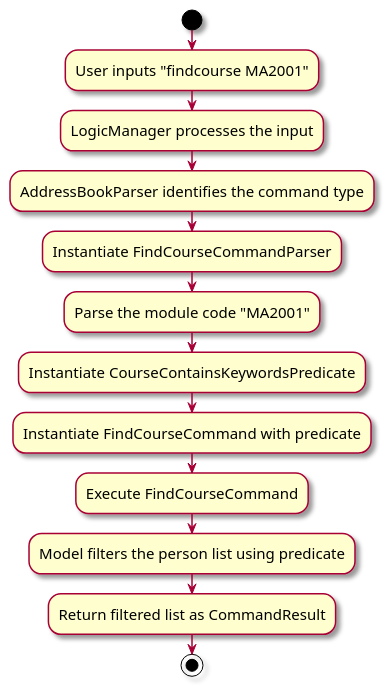
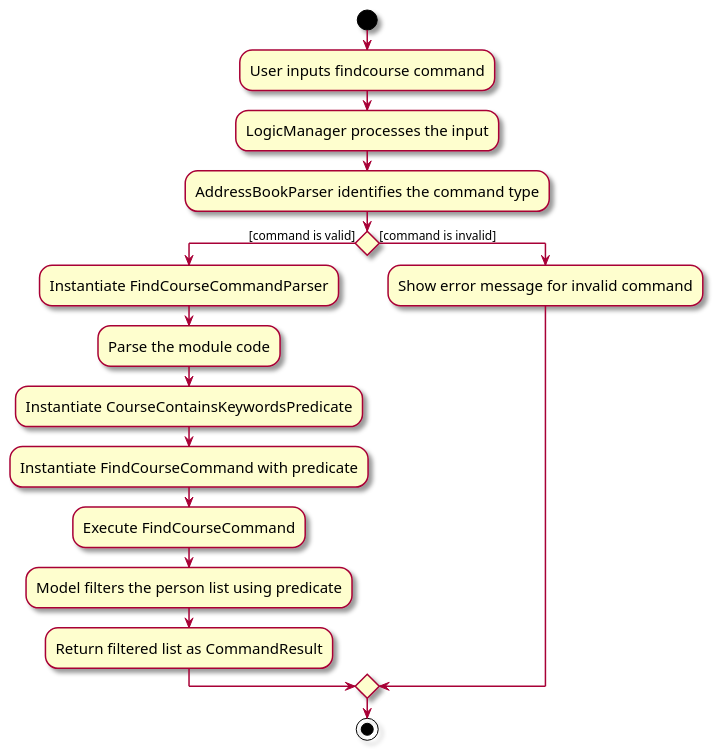
Before and after one commit to tanteckfang/tp: the diagram in docs/diagrams/FindcourseActivityDiagram.puml, drawn with PlantUML. The commit also changed 12 other files, not shown here.

```diff
--- a/docs/diagrams/FindcourseActivityDiagram.puml
+++ b/docs/diagrams/FindcourseActivityDiagram.puml
@@ -1,30 +1,36 @@
 @startuml
 skin rose
 skinparam ActivityFontSize 15
 skinparam ArrowFontSize 12
 
 start
 
-:User inputs "findcourse MA2001";
+:User inputs findcourse command;
 
 :LogicManager processes the input;
 
 :AddressBookParser identifies the command type;
 
-:Instantiate FindCourseCommandParser;
+if () then ([command is valid])
+    :Instantiate FindCourseCommandParser;
 
-:Parse the module code "MA2001";
+    :Parse the module code;
 
-:Instantiate CourseContainsKeywordsPredicate;
 
-:Instantiate FindCourseCommand with predicate;
+        :Instantiate CourseContainsKeywordsPredicate;
 
-:Execute FindCourseCommand;
+        :Instantiate FindCourseCommand with predicate;
 
-:Model filters the person list using predicate;
+        :Execute FindCourseCommand;
 
-:Return filtered list as CommandResult;
+        :Model filters the person list using predicate;
+
+        :Return filtered list as CommandResult;
+
+else ([command is invalid])
+    :Show error message for invalid command;
+endif
 
 stop
 
 @enduml
```
